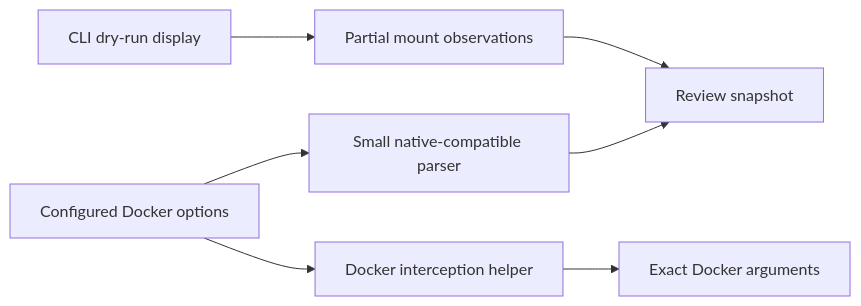
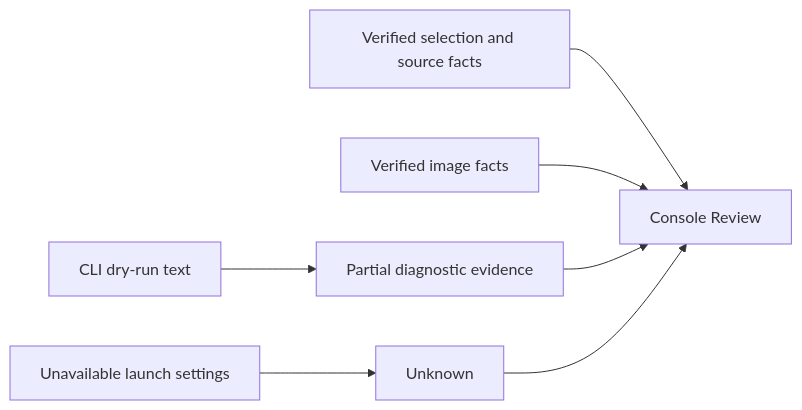
Before and after one commit to Cutuy/doramcap: the ninth of 9 diagrams in libs/workload-holoscan/docs/111626-holoscan-stack-log.md, drawn with Mermaid. The commit also changed other lines of this file, not shown here.

Commit message:
Record approved limited Holoscan review

````diff
--- a/libs/workload-holoscan/docs/111626-holoscan-stack-log.md
+++ b/libs/workload-holoscan/docs/111626-holoscan-stack-log.md
@@ -255,9 +256,9 @@
 ```mermaid
 flowchart LR
-  A[Configured Docker options] --> P[Small native-compatible parser]
-  D[CLI dry-run display] --> O[Partial mount observations]
-  P --> R[Review snapshot]
-  O --> R
-  A --> H[Docker interception helper]
-  H --> E[Exact Docker arguments]
+  A[Verified selection and source facts] --> R[Console Review]
+  I[Verified image facts] --> R
+  D[CLI dry-run text] --> P[Partial diagnostic evidence]
+  P --> R
+  U[Unavailable launch settings] --> N[Unknown]
+  N --> R
 ```
````
